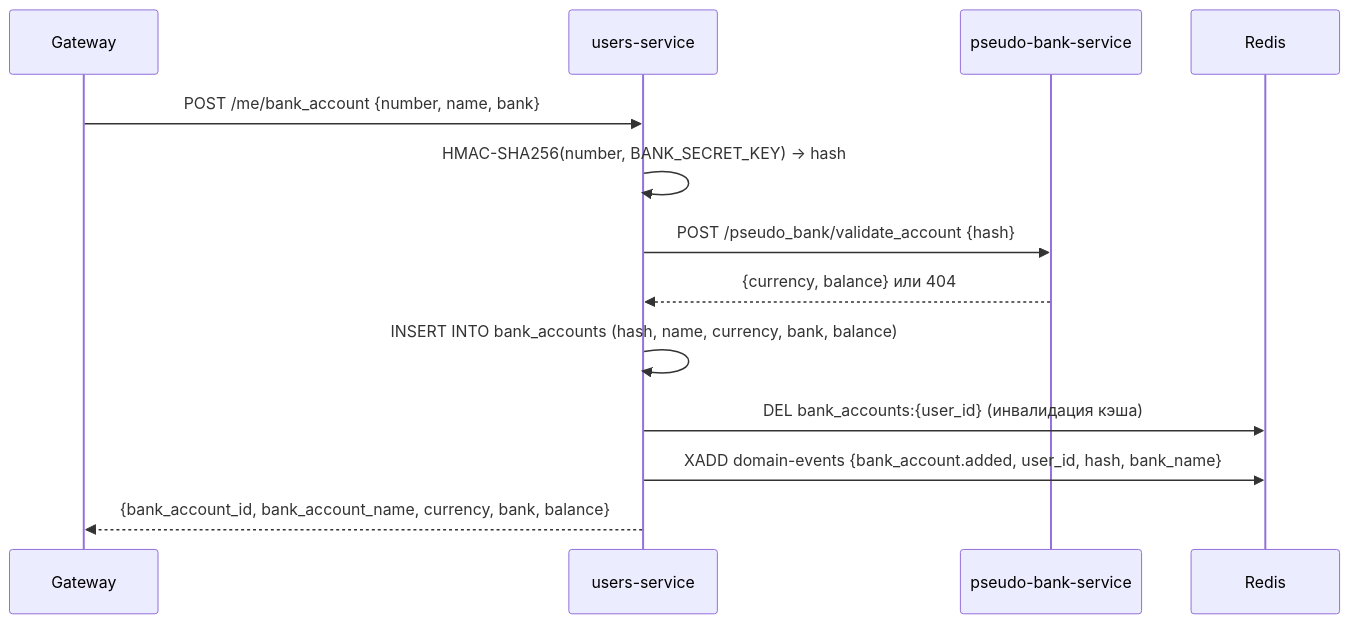
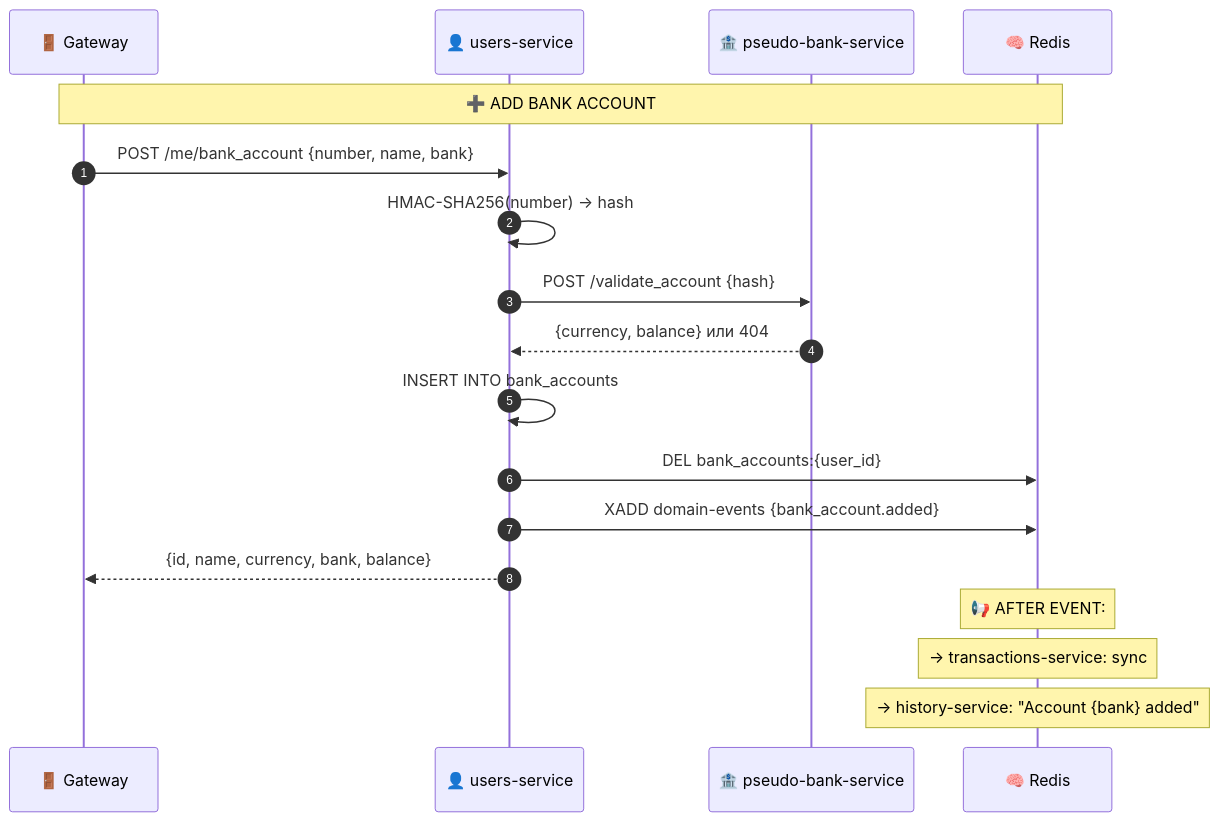
The second of 2 diagrams in docs/services/users-service.md (Alekcey5977/smart-budget-backend), drawn with Mermaid before and after one commit. The commit also changed other lines of this file and 10 other files, not shown here.

````diff
--- a/docs/services/users-service.md
+++ b/docs/services/users-service.md
@@ -72,16 +72,22 @@
 ```mermaid
 sequenceDiagram
-    participant GW as Gateway
-    participant US as users-service
-    participant PBS as pseudo-bank-service
-    participant Redis
+    autonumber
+    participant GW as 🚪 Gateway
+    participant US as 👤 users-service
+    participant PBS as 🏦 pseudo-bank-service
+    participant Redis as 🧠 Redis
 
+    Note over GW,Redis: ➕ ADD BANK ACCOUNT
     GW->>US: POST /me/bank_account {number, name, bank}
-    US->>US: HMAC-SHA256(number, BANK_SECRET_KEY) → hash
-    US->>PBS: POST /pseudo_bank/validate_account {hash}
+    US->>US: HMAC-SHA256(number) → hash
+    US->>PBS: POST /validate_account {hash}
     PBS-->>US: {currency, balance} или 404
-    US->>US: INSERT INTO bank_accounts (hash, name, currency, bank, balance)
-    US->>Redis: DEL bank_accounts:{user_id}  (инвалидация кэша)
-    US->>Redis: XADD domain-events {bank_account.added, user_id, hash, bank_name}
-    US-->>GW: {bank_account_id, bank_account_name, currency, bank, balance}
+    US->>US: INSERT INTO bank_accounts
+    US->>Redis: DEL bank_accounts:{user_id}
+    US->>Redis: XADD domain-events {bank_account.added}
+    US-->>GW: {id, name, currency, bank, balance}
+
+    Note over Redis: 📢 AFTER EVENT:
+    Note over Redis: → transactions-service: sync
+    Note over Redis: → history-service: "Account {bank} added"
 ```
````
